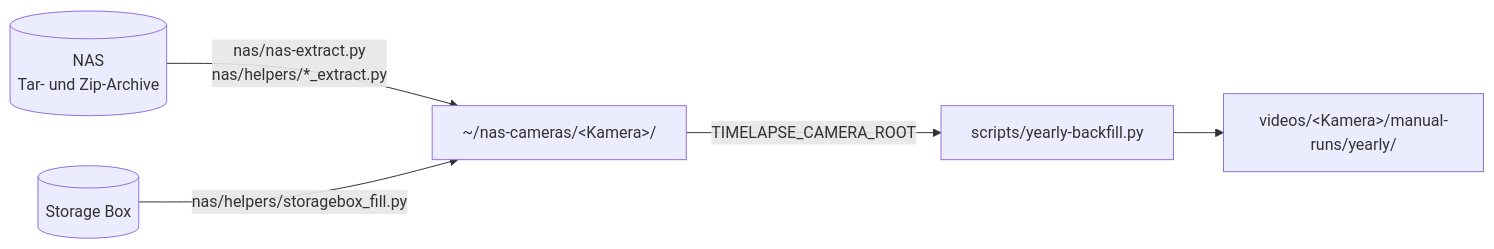
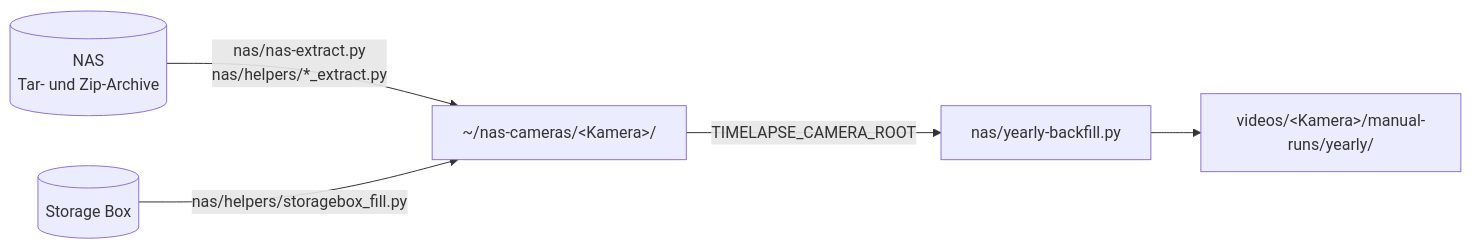
Before and after one commit to funktion5/Zeitraffer: the diagram in docs/nas.md, drawn with Mermaid. The commit also changed other lines of this file and 7 other files, not shown here.

Commit message:
refactor: move yearly backfill script to nas directory and update references

````diff
--- a/docs/nas.md
+++ b/docs/nas.md
@@ -12,7 +12,7 @@
 ```mermaid
 flowchart LR
     N[(NAS<br/>Tar- und Zip-Archive)] -->|nas/nas-extract.py<br/>nas/helpers/*_extract.py| L[~/nas-cameras/&lt;Kamera&gt;/]
     S[(Storage Box)] -->|nas/helpers/storagebox_fill.py| L
-    L -->|TIMELAPSE_CAMERA_ROOT| B[scripts/yearly-backfill.py]
+    L -->|TIMELAPSE_CAMERA_ROOT| B[nas/yearly-backfill.py]
     B --> V[videos/&lt;Kamera&gt;/manual-runs/yearly/]
 ```
````
